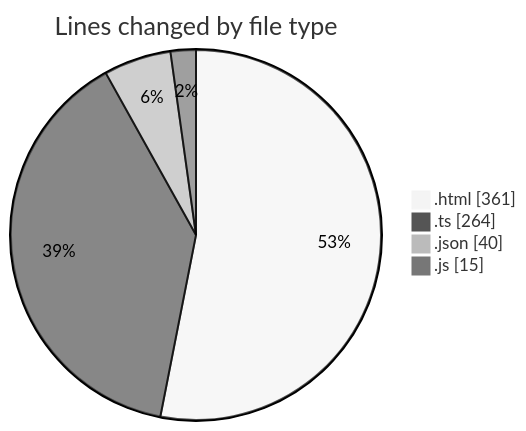
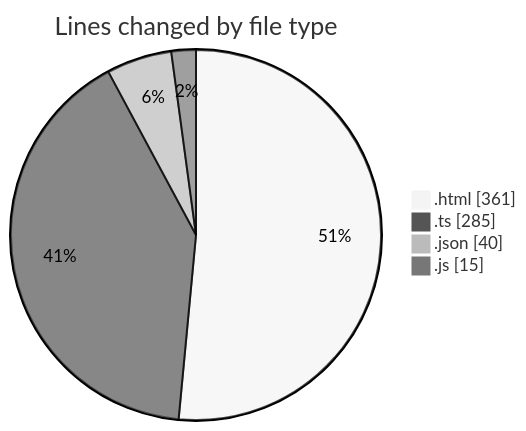
Before and after one commit to momahboobian/code-tracking: the first of 2 diagrams in 2025-05-15/news-clock-system-caspercg/README.md, drawn with Mermaid (neutral theme). The commit also changed other lines of this file and 1 other file, not shown here.

````diff
--- a/2025-05-15/news-clock-system-caspercg/README.md
+++ b/2025-05-15/news-clock-system-caspercg/README.md
@@ -28,8 +28,8 @@
 ```mermaid
 pie showData
 title Lines changed by file type
 ".html" : 361
-".ts" : 264
+".ts" : 285
 ".json" : 40
 ".js" : 15
 ```
````
